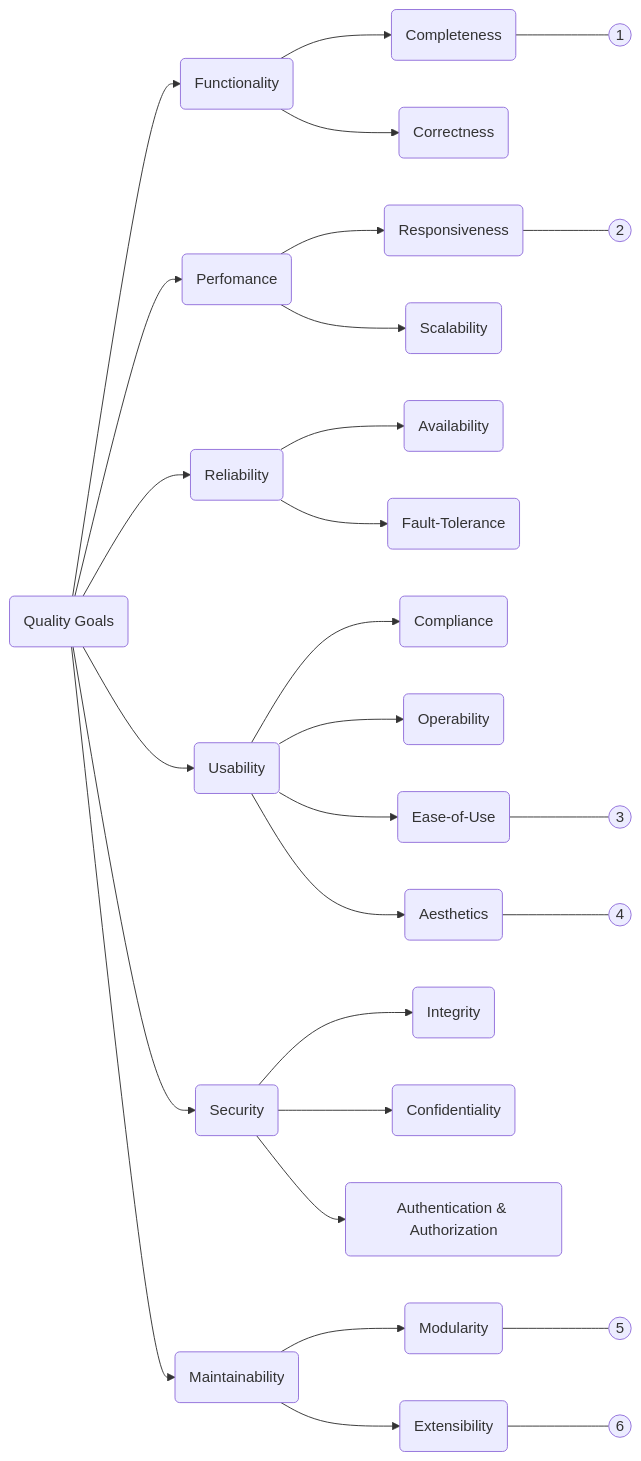
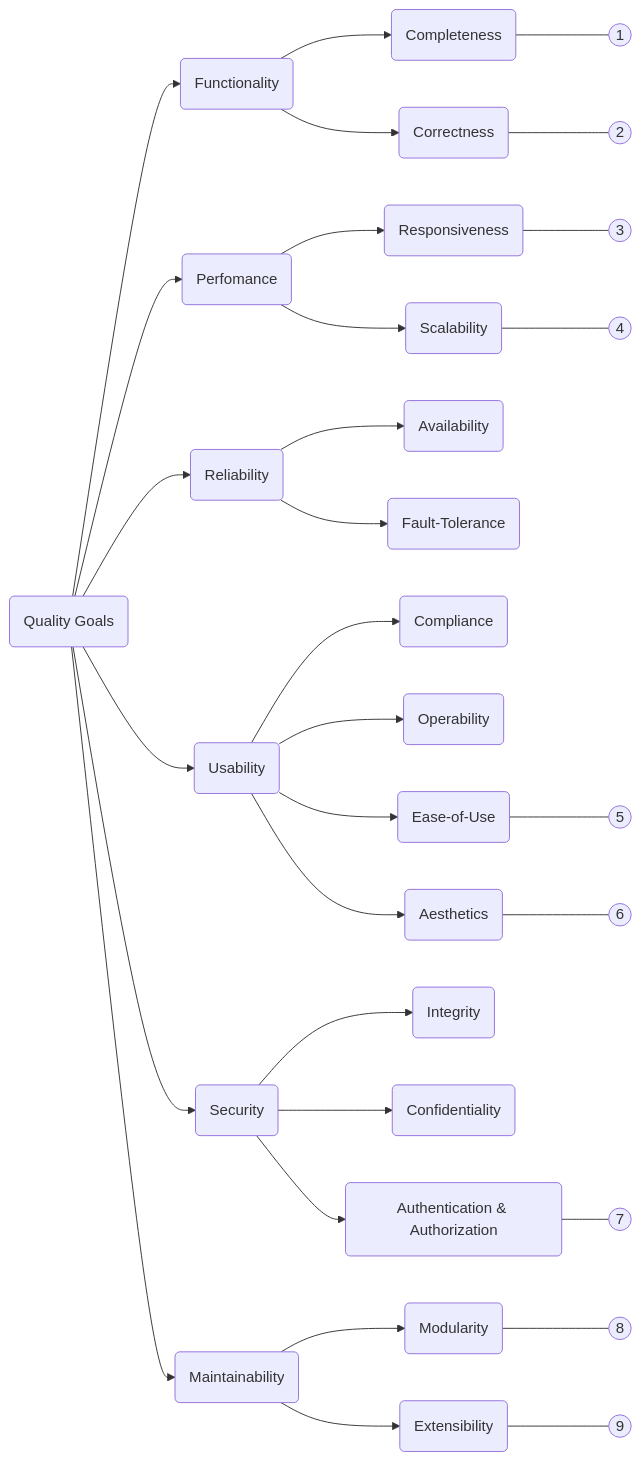
One commit to hochschule-augsburg/SQL-Train changed the diagram in docs/arc42/10_quality_requirements.md. Above: the diagram before and after it, drawn with Mermaid. The commit also changed other lines of this file, not shown here.

````diff
--- a/docs/arc42/10_quality_requirements.md
+++ b/docs/arc42/10_quality_requirements.md
@@ -13,39 +13,42 @@
 ```mermaid
 flowchart LR
 	QualityGoals(Quality Goals)
 	QualityGoals --> Functionality(Functionality)
 	QualityGoals --> Perfomance(Perfomance)
 	QualityGoals --> Reliability(Reliability)
 	QualityGoals --> Usability(Usability)
 	QualityGoals --> Security(Security)
 	QualityGoals --> Maintainability(Maintainability)
 
 	Functionality --> Completeness(Completeness)
 	Completeness --- 1((1))
 	Functionality --> Correctness(Correctness)
+	Correctness --- 2((2))
 
 
 	Perfomance --> Responsiveness(Responsiveness)
-	Responsiveness --- 2((2))
+	Responsiveness --- 3((3))
 	Perfomance --> Scalability(Scalability)
+	Scalability --- 4((4))
 
 	Reliability --> Availability(Availability)
 	Reliability --> Fault-Tolerance(Fault-Tolerance)
 
 	Usability --> Compliance(Compliance)
 	Usability --> Operability(Operability)
 	Usability --> Ease-of-Use(Ease-of-Use)
-	Ease-of-Use --- 3((3))
+	Ease-of-Use --- 5((5))
 	Usability --> Aesthetics(Aesthetics)
-	Aesthetics --- 4((4))
+	Aesthetics --- 6((6))
 
 	Security --> Integrity(Integrity)
 	Security --> Confidentiality(Confidentiality)
 	Security --> Authentication&Authorization(Authentication & Authorization)
+	Authentication&Authorization(Authentication & Authorization) --- 7((7))
 
 	Maintainability -->Modularity(Modularity)
-	Modularity --- 5((5))
+	Modularity --- 8((8))
 	Maintainability -->Extensibility(Extensibility)
-	Extensibility --- 6((6))
+	Extensibility --- 9((9))
 
 ```
````
